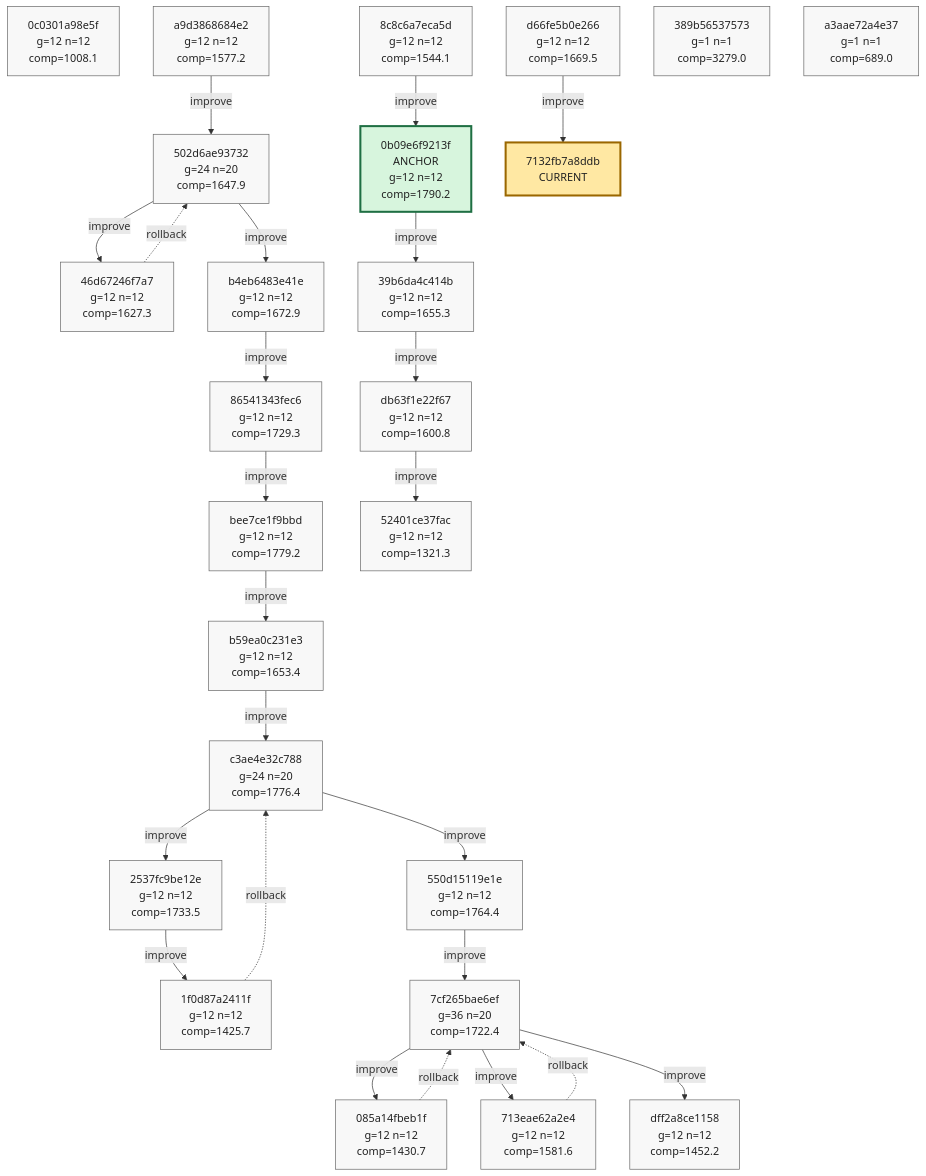
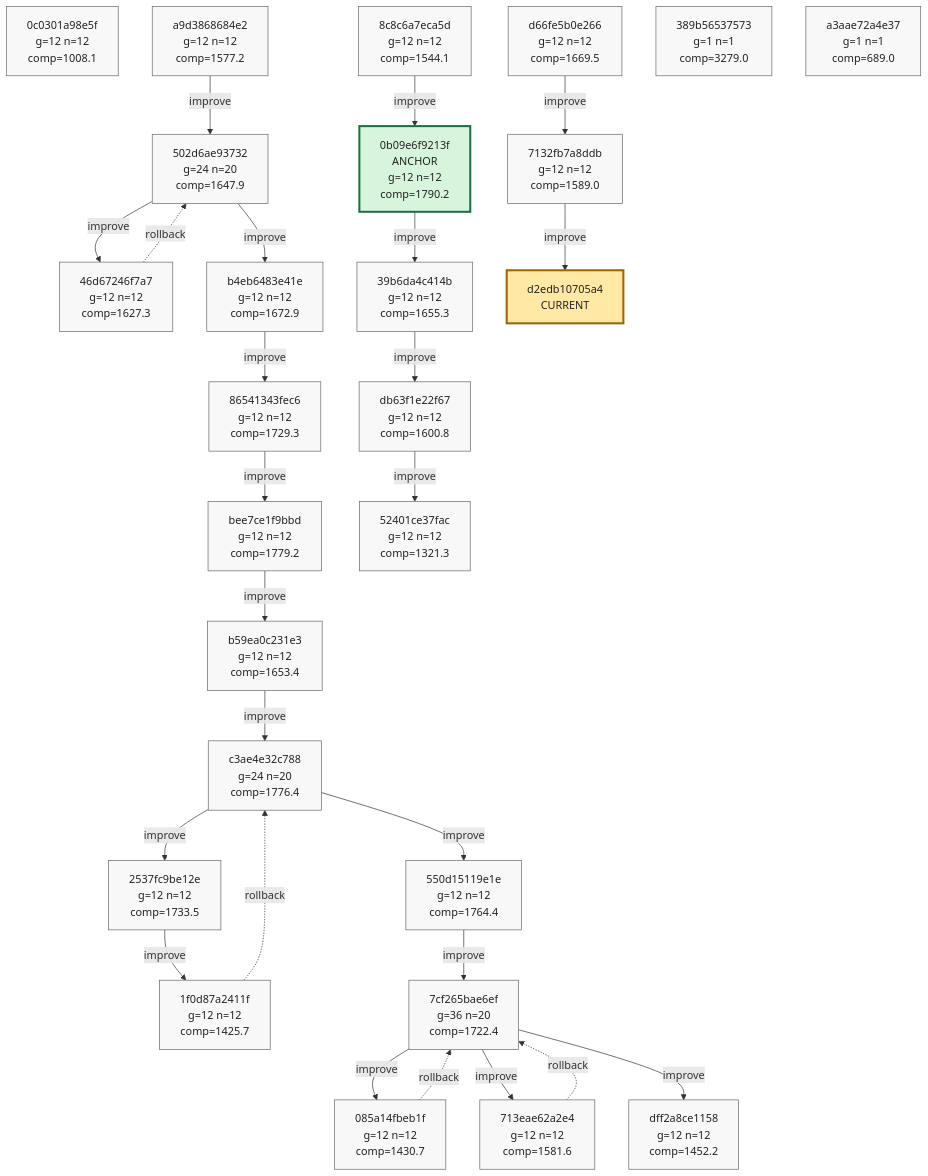
One commit to azumag/soviet_now changed the tenth of 10 diagrams in phyrogenetic-tree.md. Above: the diagram before and after it, drawn with Mermaid. The commit also changed other lines of this file and 2 other files, not shown here.

Commit message:
eloop Improve after 12 games (scores: 2234 1263 1328 1098 1319 2592 2226 2666 2834 1294 1977 1477)

````diff
--- a/phyrogenetic-tree.md
+++ b/phyrogenetic-tree.md
@@ -2561,9 +2562,10 @@
     h_db63f1e22f67["db63f1e22f67<br/>g=12 n=12<br/>comp=1600.8"]
     h_52401ce37fac["52401ce37fac<br/>g=12 n=12<br/>comp=1321.3"]
     h_d66fe5b0e266["d66fe5b0e266<br/>g=12 n=12<br/>comp=1669.5"]
+    h_7132fb7a8ddb["7132fb7a8ddb<br/>g=12 n=12<br/>comp=1589.0"]
     h_389b56537573["389b56537573<br/>g=1 n=1<br/>comp=3279.0"]
     h_a3aae72a4e37["a3aae72a4e37<br/>g=1 n=1<br/>comp=689.0"]
-    h_7132fb7a8ddb["7132fb7a8ddb<br/>CURRENT"]
+    h_d2edb10705a4["d2edb10705a4<br/>CURRENT"]
 
     h_a9d3868684e2 -->|improve| h_502d6ae93732
     h_502d6ae93732 -->|improve| h_46d67246f7a7
@@ -2588,6 +2590,7 @@
     h_39b6da4c414b -->|improve| h_db63f1e22f67
     h_db63f1e22f67 -->|improve| h_52401ce37fac
     h_d66fe5b0e266 -->|improve| h_7132fb7a8ddb
+    h_7132fb7a8ddb -->|improve| h_d2edb10705a4
 
     classDef plain fill:#f8f8f8,stroke:#666,stroke-width:1px,color:#222;
     classDef current fill:#ffe8a3,stroke:#9a6700,stroke-width:3px,color:#222;
@@ -2616,7 +2619,8 @@
     class h_db63f1e22f67 plain;
     class h_52401ce37fac plain;
     class h_d66fe5b0e266 plain;
+    class h_7132fb7a8ddb plain;
     class h_389b56537573 plain;
     class h_a3aae72a4e37 plain;
-    class h_7132fb7a8ddb current;
+    class h_d2edb10705a4 current;
 ```
````
